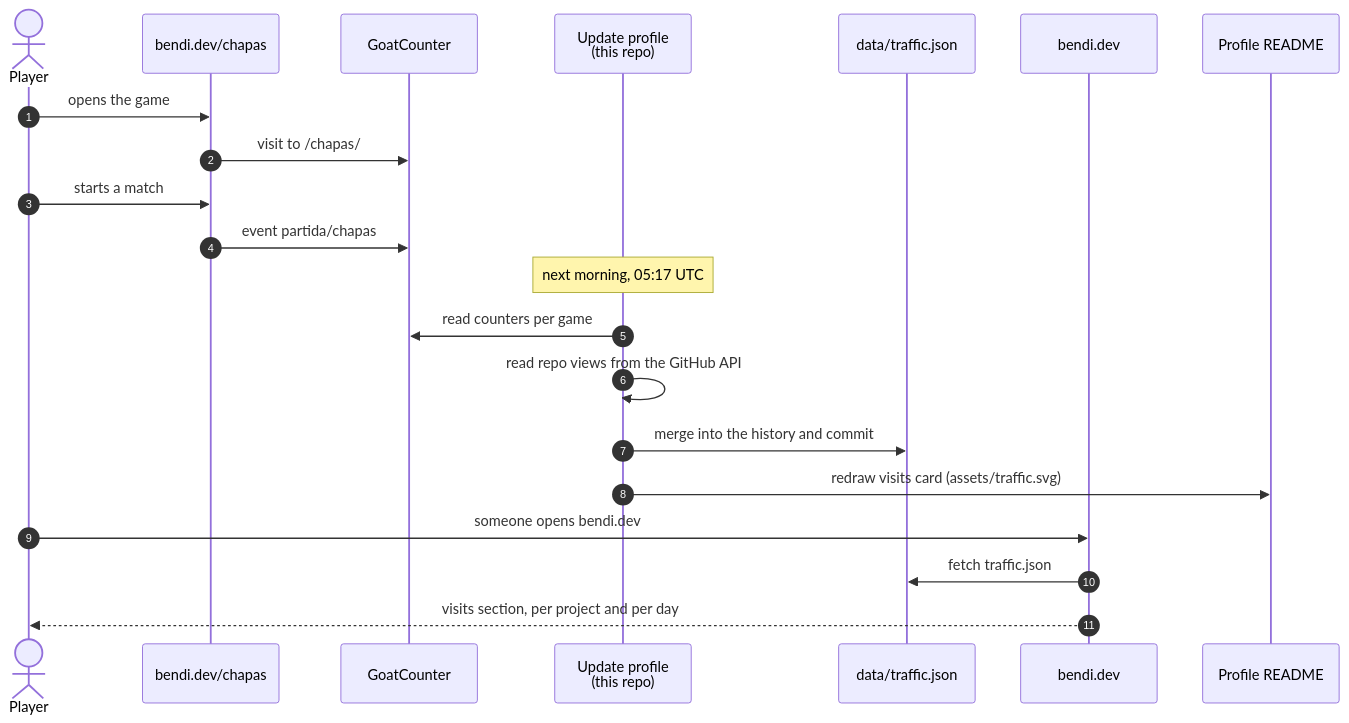
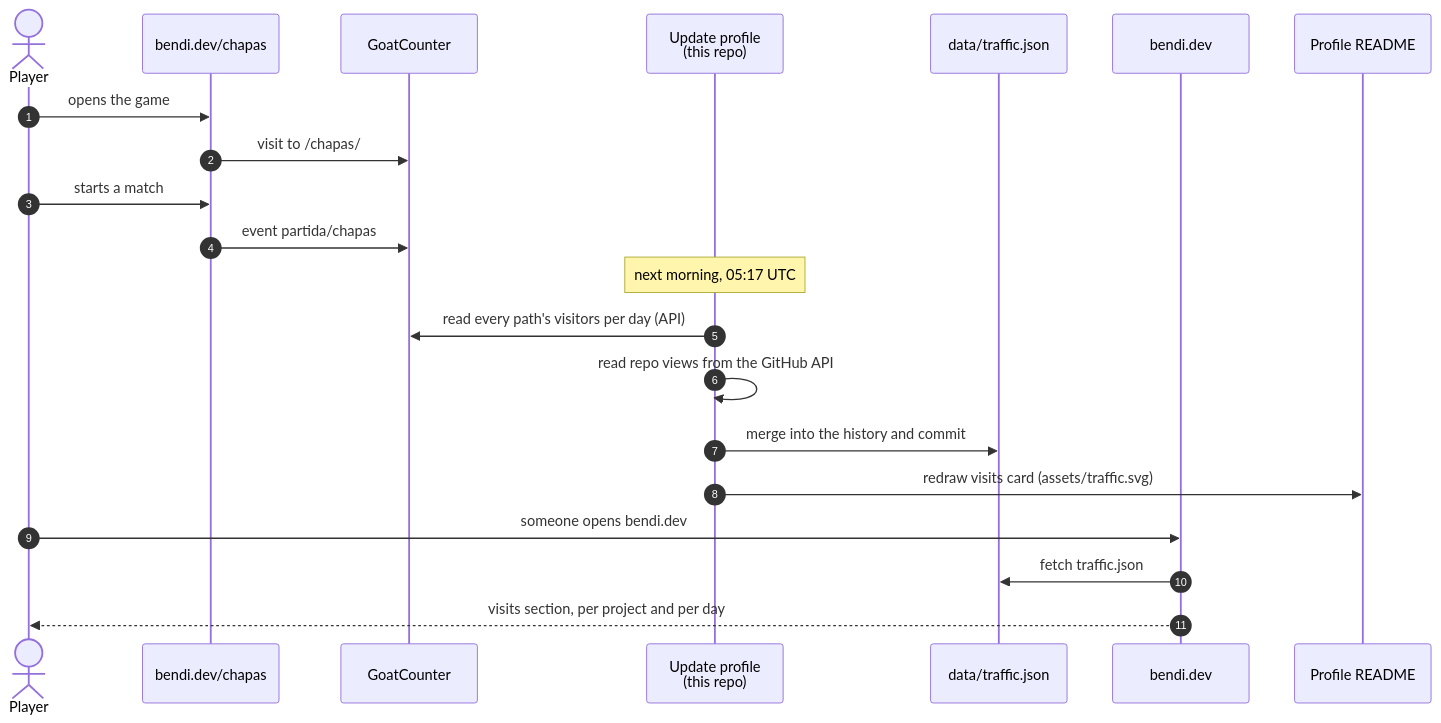
One commit to serbenda/serbenda changed the second of 5 diagrams in .github/MAINTENANCE.md. Above: the diagram before and after it, drawn with Mermaid. The commit also changed other lines of this file and 2 other files, not shown here.

````diff
--- a/.github/MAINTENANCE.md
+++ b/.github/MAINTENANCE.md
@@ -125,24 +125,24 @@
 ```mermaid
 sequenceDiagram
     autonumber
     actor P as Player
     participant G as bendi.dev/chapas
     participant GC as GoatCounter
     participant A as Update profile<br/>(this repo)
     participant T as data/traffic.json
     participant W as bendi.dev
     participant R as Profile README
 
     P->>G: opens the game
     G->>GC: visit to /chapas/
     P->>G: starts a match
     G->>GC: event partida/chapas
     Note over A: next morning, 05:17 UTC
-    A->>GC: read counters per game
+    A->>GC: read every path's visitors per day (API)
     A->>A: read repo views from the GitHub API
     A->>T: merge into the history and commit
     A->>R: redraw visits card (assets/traffic.svg)
     P->>W: someone opens bendi.dev
     W->>T: fetch traffic.json
     W-->>P: visits section, per project and per day
 ```
````
